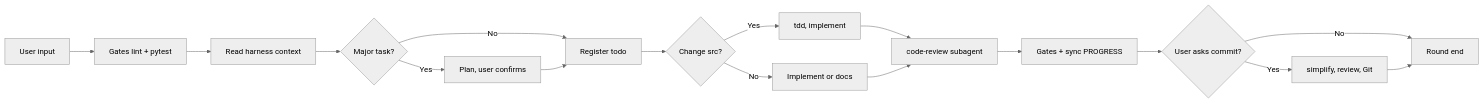
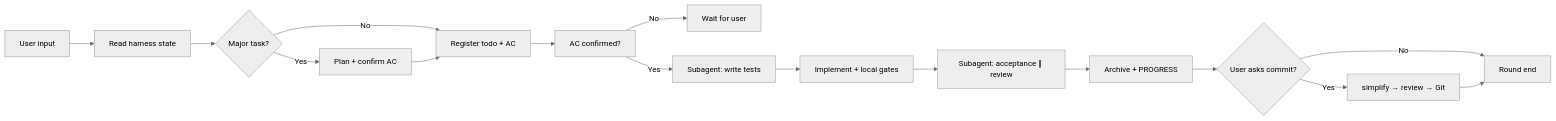
One commit to HYX-LHJ/mini-harness changed the diagram in README.md. Above: the diagram before and after it, drawn with Mermaid (neutral theme). The commit also changed other lines of this file and 226 other files, not shown here.

First line of the commit message:
feat!: migrate to mini-harness plugin architecture (v2.0.0)

````diff
--- a/README.md
+++ b/README.md
@@ -86,19 +93,18 @@
 ```mermaid
 flowchart LR
-    A["User input"] --> B["Gates lint + pytest"]
-    B --> C["Read harness context"]
-    C --> D{"Major task?"}
-    D -->|Yes| E["Plan, user confirms"]
-    D -->|No| F["Register todo"]
-    E --> F
-    F --> G{"Change src?"}
-    G -->|Yes| H["tdd, implement"]
-    G -->|No| I["Implement or docs"]
-    H --> J["code-review subagent"]
-    I --> J
-    J --> K["Gates + sync PROGRESS"]
+    A["User input"] --> B["Read harness state"]
+    B --> C{"Major task?"}
+    C -->|Yes| D["Plan + confirm AC"]
+    C -->|No| E["Register todo + AC"]
+    D --> E
+    E --> F["AC confirmed?"]
+    F -->|No| G["Wait for user"]
+    F -->|Yes| H["Subagent: write tests"]
+    H --> I["Implement + local gates"]
+    I --> J["Subagent: acceptance ∥ review"]
+    J --> K["Archive + PROGRESS"]
     K --> L{"User asks commit?"}
-    L -->|Yes| M["simplify, review, Git"]
+    L -->|Yes| M["simplify → review → Git"]
     L -->|No| N["Round end"]
     M --> N
 ```
````
